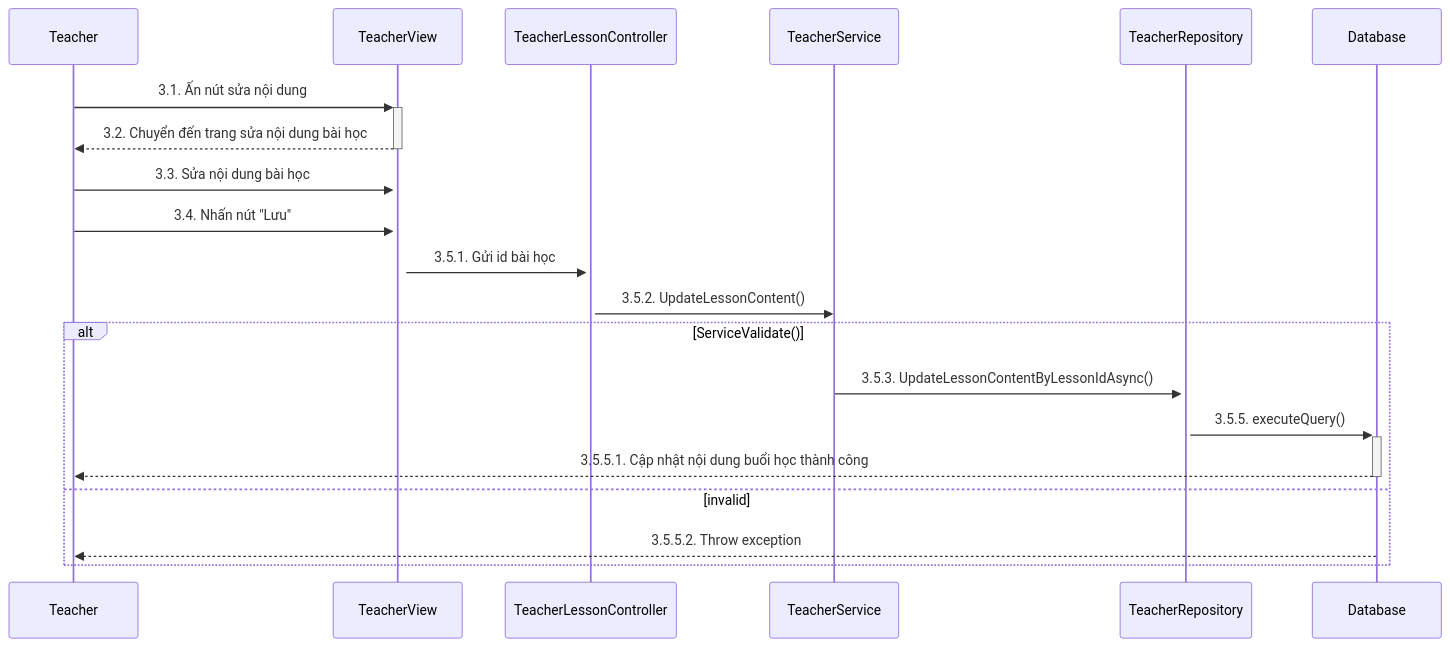
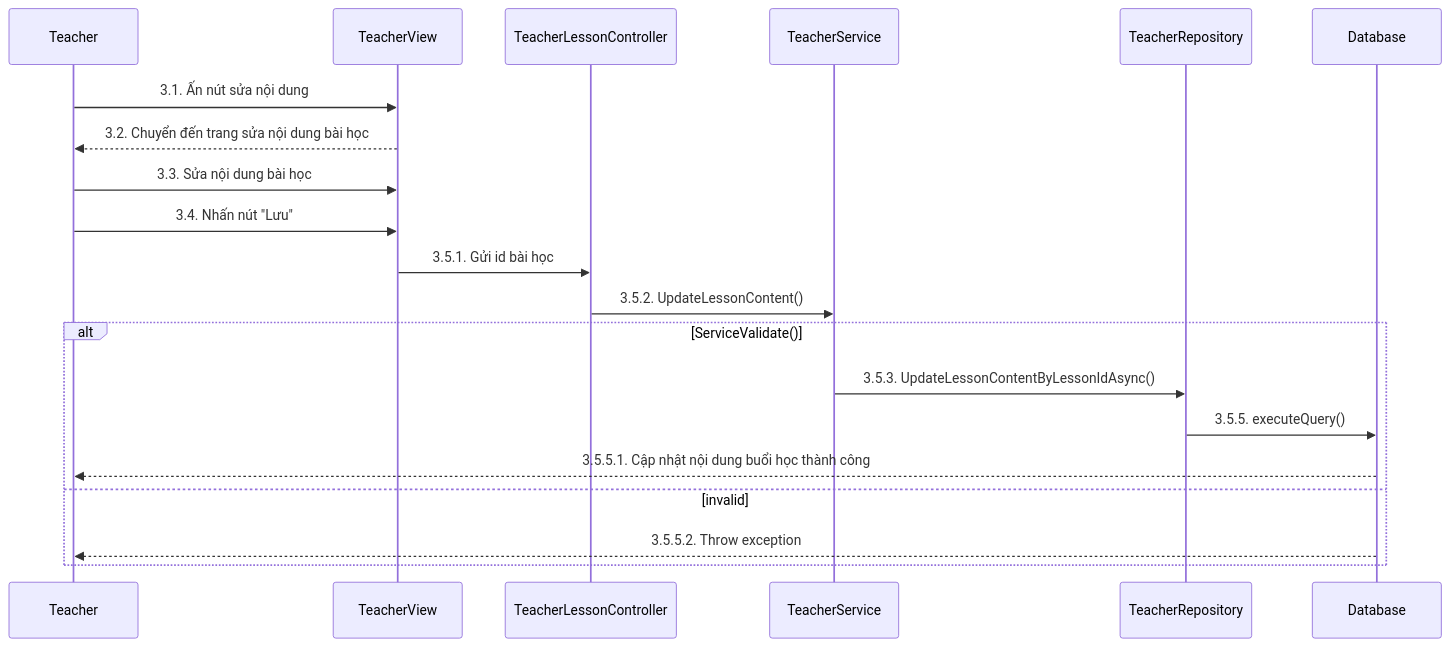
One commit to LienNTB/sequence-CNPM changed the diagram in sequence/teacher/Sequence-1-3.GiangVienCapNhatBuoiHoc.mmd. Above: the diagram before and after it, drawn with Mermaid. The commit also changed 10 other files, not shown here.

```diff
--- a/sequence/teacher/Sequence-1-3.GiangVienCapNhatBuoiHoc.mmd
+++ b/sequence/teacher/Sequence-1-3.GiangVienCapNhatBuoiHoc.mmd
@@ -1,23 +1,23 @@
 
 sequenceDiagram
     participant Teacher
     participant TeacherView
     participant TeacherLessonController
     participant TeacherService
     participant TeacherRepository
     participant Database
 
-    Teacher->>+TeacherView: 3.1. Ấn nút sửa nội dung
-    TeacherView-->>-Teacher: 3.2. Chuyển đến trang sửa nội dung bài học
-    Teacher->>+TeacherView: 3.3. Sửa nội dung bài học
-    Teacher->>+TeacherView: 3.4. Nhấn nút "Lưu"
-    TeacherView->>+TeacherLessonController: 3.5.1. Gửi id bài học
+    Teacher->>TeacherView: 3.1. Ấn nút sửa nội dung
+    TeacherView-->>Teacher: 3.2. Chuyển đến trang sửa nội dung bài học
+    Teacher->>TeacherView: 3.3. Sửa nội dung bài học
+    Teacher->>TeacherView: 3.4. Nhấn nút "Lưu"
+    TeacherView->>TeacherLessonController: 3.5.1. Gửi id bài học
     TeacherLessonController->>TeacherService: 3.5.2. UpdateLessonContent()
     alt ServiceValidate()
-        TeacherService->>+TeacherRepository: 3.5.3. UpdateLessonContentByLessonIdAsync()
-        TeacherRepository->>+Database: 3.5.5. executeQuery()
+        TeacherService->>TeacherRepository: 3.5.3. UpdateLessonContentByLessonIdAsync()
+        TeacherRepository->>Database: 3.5.5. executeQuery()
 
-        Database-->>-Teacher: 3.5.5.1. Cập nhật nội dung buổi học thành công
+        Database-->>Teacher: 3.5.5.1. Cập nhật nội dung buổi học thành công
     else invalid
         Database-->>Teacher: 3.5.5.2. Throw exception
     end
```
